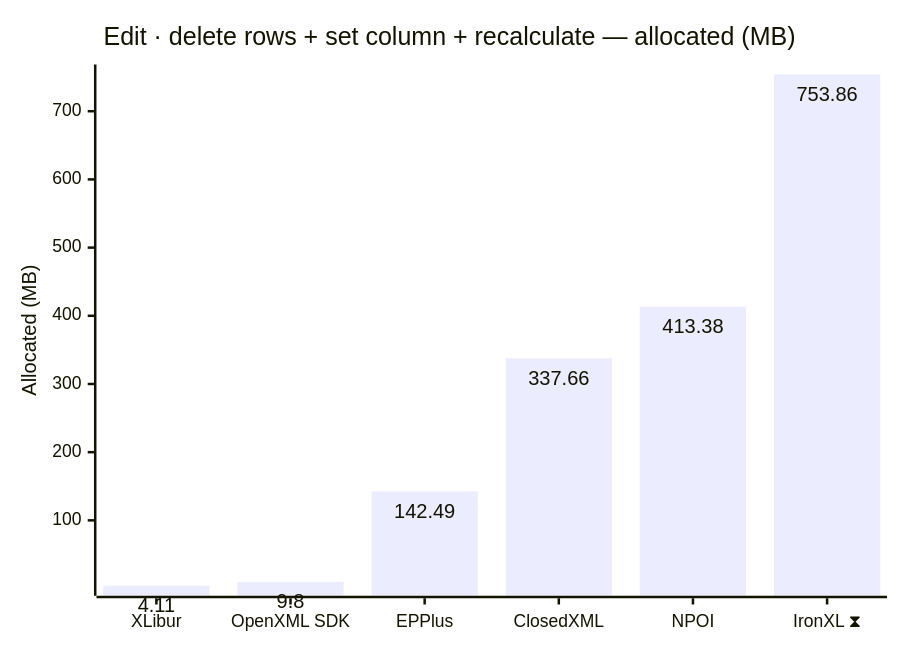
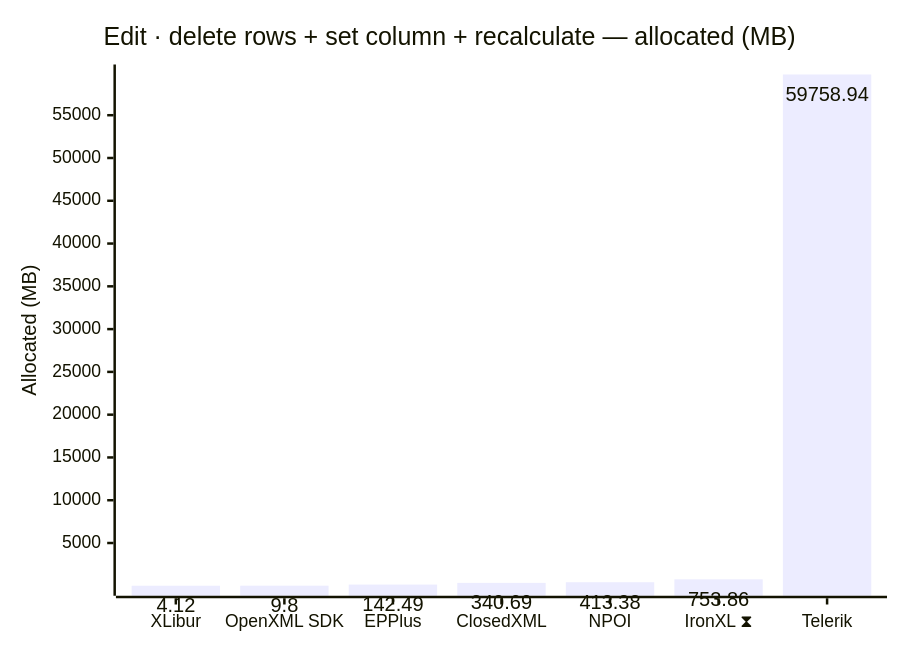
The tenth of 12 diagrams in docs/results.md (jafin/XLBench), drawn with Mermaid before and after one commit. The commit also changed other lines of this file and 3 other files, not shown here.

````diff
--- a/docs/results.md
+++ b/docs/results.md
@@ -156,12 +157,12 @@
 ```mermaid
 ---
 config:
   xyChart:
     showDataLabel: true
 ---
 xychart-beta
     title "Edit · delete rows + set column + recalculate — allocated (MB)"
-    x-axis ["XLibur", "OpenXML SDK", "EPPlus", "ClosedXML", "NPOI", "IronXL ⧗"]
+    x-axis ["XLibur", "OpenXML SDK", "EPPlus", "ClosedXML", "NPOI", "IronXL ⧗", "Telerik"]
     y-axis "Allocated (MB)"
-    bar [4.11, 9.8, 142.49, 337.66, 413.38, 753.86]
+    bar [4.12, 9.8, 142.49, 340.69, 413.38, 753.86, 59758.94]
 ```
````
